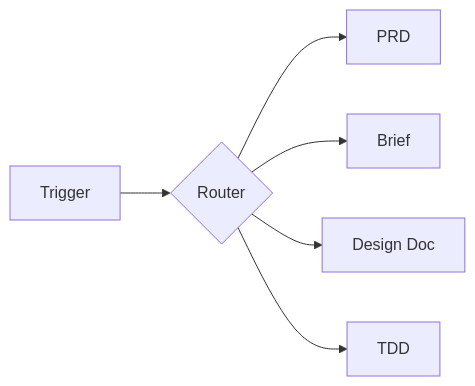
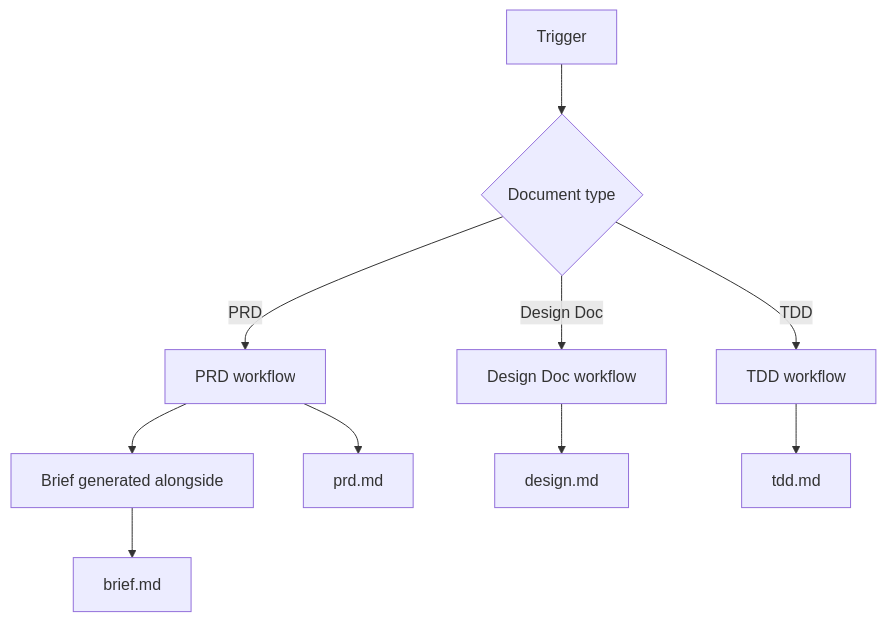
One commit to adeonir/agent-skills changed the diagram in skills/product/docs-writer/README.md. Above: the diagram before and after it, drawn with Mermaid. The commit also changed other lines of this file and 9 other files, not shown here.

````diff
--- a/skills/product/docs-writer/README.md
+++ b/skills/product/docs-writer/README.md
@@ -15,8 +10,12 @@
 ```mermaid
-flowchart LR
-    T[Trigger] --> R{Router}
-    R --> PRD[PRD]
-    R --> B[Brief]
-    R --> DD[Design Doc]
-    R --> TDD[TDD]
+flowchart TD
+    T[Trigger] --> R{Document type}
+    R -->|PRD| PRD[PRD workflow]
+    R -->|Design Doc| DD[Design Doc workflow]
+    R -->|TDD| TDD[TDD workflow]
+    PRD --> B[Brief generated alongside]
+    PRD --> P[prd.md]
+    B --> BR[brief.md]
+    DD --> D[design.md]
+    TDD --> T2[tdd.md]
 ```
````
